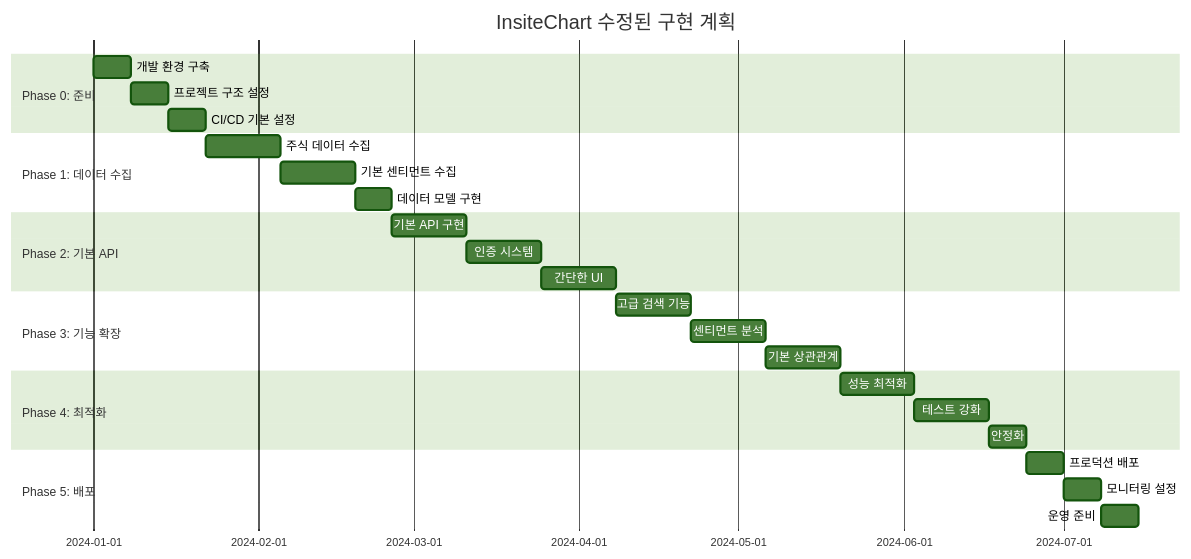
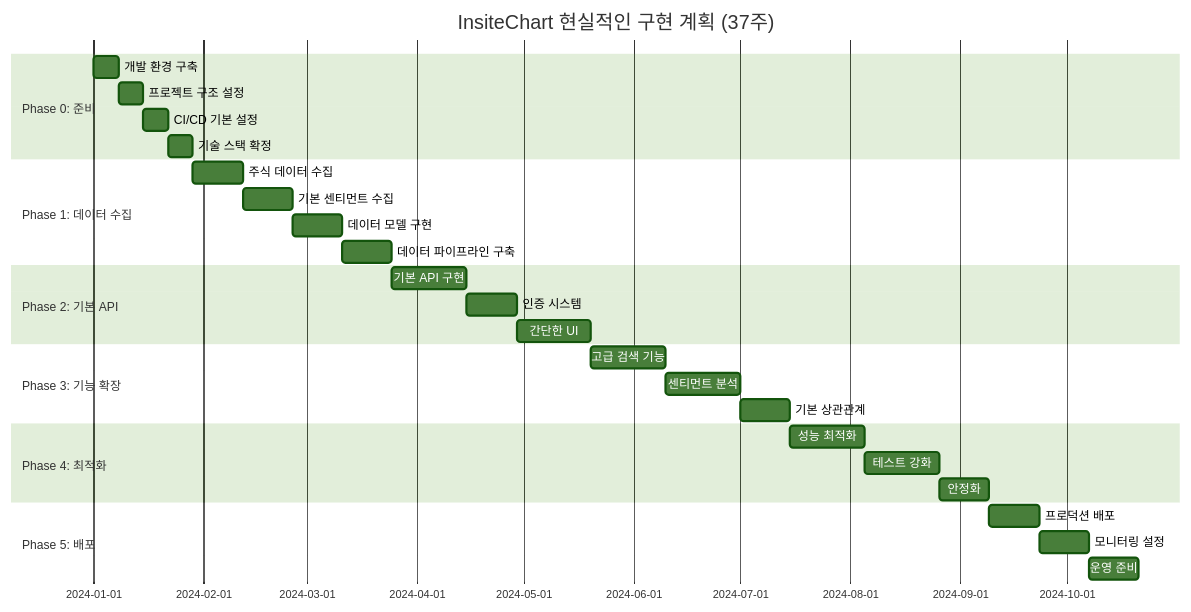
One commit to ftfuture/InsiteChart changed the diagram in docs/spec/20-final-spec-improvements.md. Above: the diagram before and after it, drawn with Mermaid (forest theme). The commit also changed other lines of this file and 316 other files, not shown here.

````diff
--- a/docs/spec/20-final-spec-improvements.md
+++ b/docs/spec/20-final-spec-improvements.md
@@ -772,34 +772,36 @@
 ```mermaid
 gantt
-    title InsiteChart 수정된 구현 계획
+    title InsiteChart 현실적인 구현 계획 (37주)
     dateFormat  YYYY-MM-DD
     section Phase 0: 준비
     개발 환경 구축           :p0-1, 2024-01-01, 1w
     프로젝트 구조 설정        :p0-2, after p0-1, 1w
     CI/CD 기본 설정          :p0-3, after p0-2, 1w
+    기술 스택 확정           :p0-4, after p0-3, 1w
     
     section Phase 1: 데이터 수집
-    주식 데이터 수집          :p1-1, after p0-3, 2w
+    주식 데이터 수집          :p1-1, after p0-4, 2w
     기본 센티먼트 수집        :p1-2, after p1-1, 2w
-    데이터 모델 구현          :p1-3, after p1-2, 1w
+    데이터 모델 구현          :p1-3, after p1-2, 2w
+    데이터 파이프라인 구축     :p1-4, after p1-3, 2w
     
     section Phase 2: 기본 API
-    기본 API 구현            :p2-1, after p1-3, 2w
+    기본 API 구현            :p2-1, after p1-4, 3w
     인증 시스템             :p2-2, after p2-1, 2w
-    간단한 UI               :p2-3, after p2-2, 2w
+    간단한 UI               :p2-3, after p2-2, 3w
     
     section Phase 3: 기능 확장
-    고급 검색 기능           :p3-1, after p2-3, 2w
-    센티먼트 분석           :p3-2, after p3-1, 2w
+    고급 검색 기능           :p3-1, after p2-3, 3w
+    센티먼트 분석           :p3-2, after p3-1, 3w
     기본 상관관계           :p3-3, after p3-2, 2w
     
     section Phase 4: 최적화
-    성능 최적화             :p4-1, after p3-3, 2w
-    테스트 강화              :p4-2, after p4-1, 2w
-    안정화                  :p4-3, after p4-2, 1w
+    성능 최적화             :p4-1, after p3-3, 3w
+    테스트 강화              :p4-2, after p4-1, 3w
+    안정화                  :p4-3, after p4-2, 2w
     
     section Phase 5: 배포
-    프로덕션 배포             :p5-1, after p4-3, 1w
-    모니터링 설정            :p5-2, after p5-1, 1w
-    운영 준비                :p5-3, after p5-2, 1w
+    프로덕션 배포             :p5-1, after p4-3, 2w
+    모니터링 설정            :p5-2, after p5-1, 2w
+    운영 준비                :p5-3, after p5-2, 2w
 ```
````
